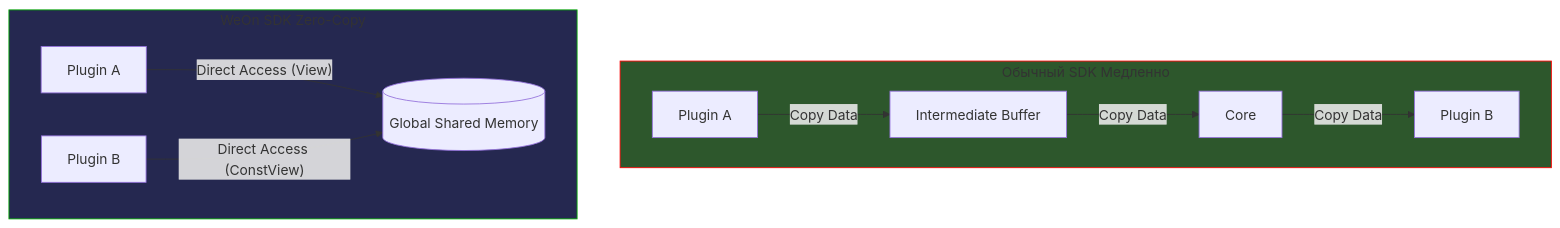
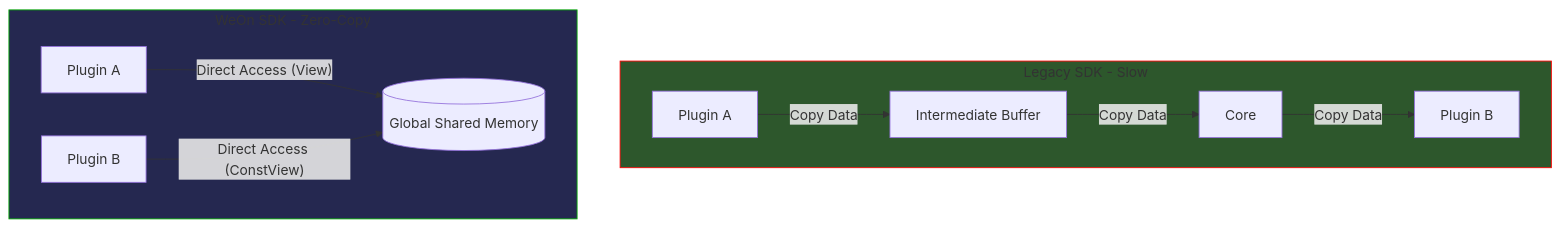
The first of 4 diagrams in README.md (btcorporated-a11y/weon-sdk), drawn with Mermaid before and after one commit. The commit also changed other lines of this file and 31 other files, not shown here.

First line of the commit message:
refactor: full SDK internationalization and architecture cleanup

````diff
--- a/README.md
+++ b/README.md
@@ -16,16 +25,16 @@
 ```mermaid
 graph TD
-    subgraph Standard_Approach [Обычный SDK Медленно]
+    subgraph Standard_Approach [Legacy SDK - Slow]
         A[Plugin A] -- "Copy Data" --> B[Intermediate Buffer]
         B -- "Copy Data" --> C[Core]
         C -- "Copy Data" --> D[Plugin B]
         style Standard_Approach fill:#2D572C,stroke:#ff0000
     end
 
-    subgraph WeOn_Approach [WeOn SDK Zero-Copy]
+    subgraph WeOn_Approach [WeOn SDK - Zero-Copy]
         CoreMemory[(Global Shared Memory)]
         PA[Plugin A] -- "Direct Access (View)" --> CoreMemory
         PB[Plugin B] -- "Direct Access (ConstView)" --> CoreMemory
         style WeOn_Approach fill: #252850,stroke:#00aa00
     end
 ```
````
